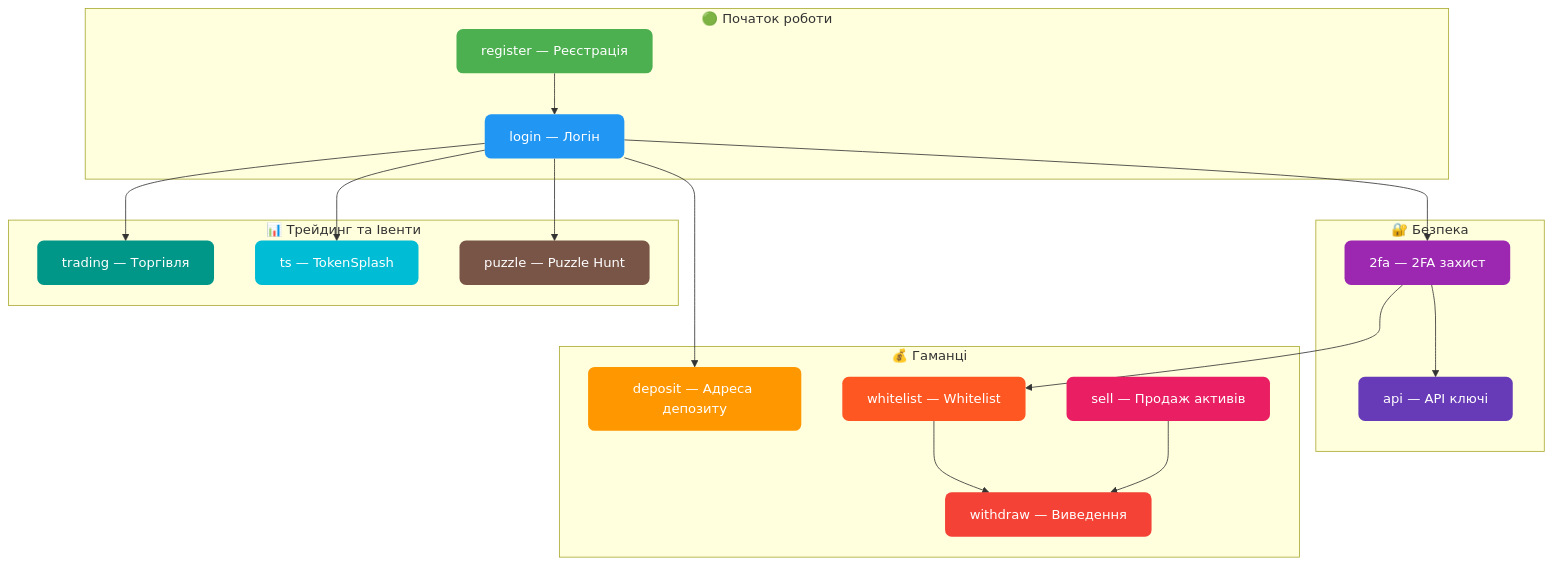
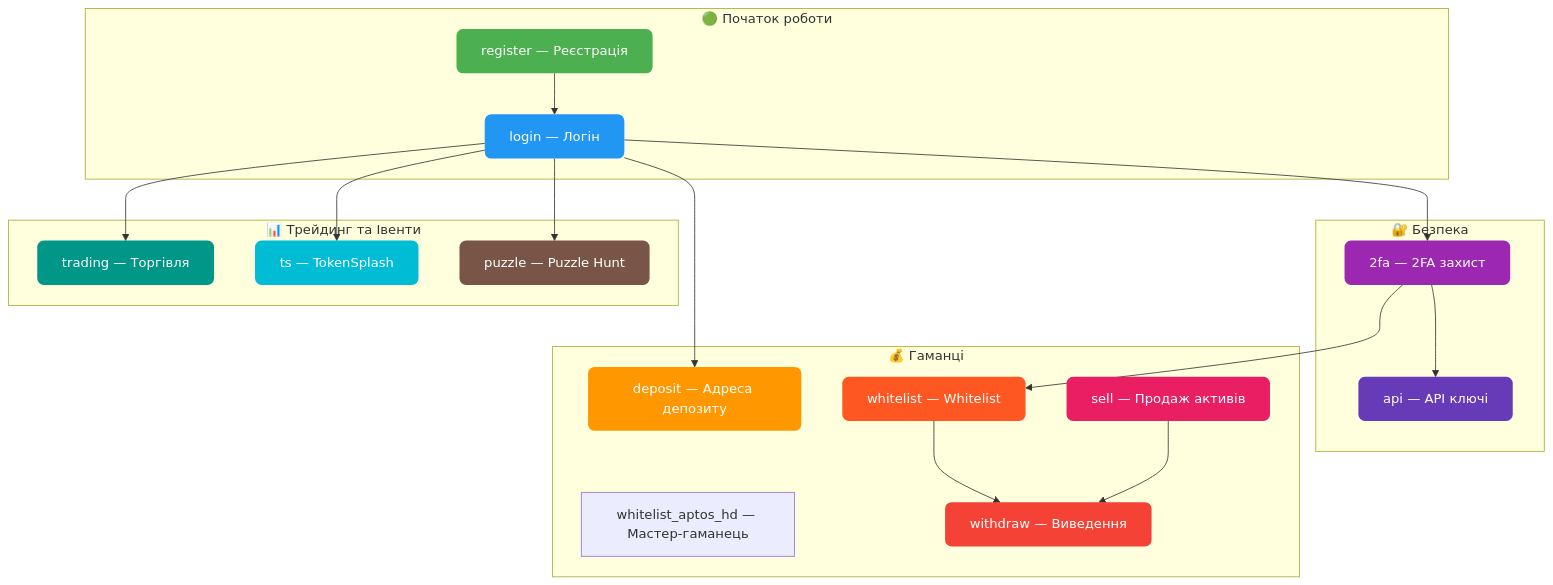
Diagram 11 of 11 in src/content/docs/ua/bybit-autopilot.md (AutoPilotSoftware/docs), drawn with Mermaid before and after one commit. The commit also changed other lines of this file and 3 other files, not shown here.

````diff
--- a/src/content/docs/ua/bybit-autopilot.md
+++ b/src/content/docs/ua/bybit-autopilot.md
@@ -390,48 +458,49 @@
 ```mermaid
 flowchart TD
     subgraph REG ["🟢 Початок роботи"]
         R["register — Реєстрацiя"]
         L["login — Логiн"]
     end
 
     subgraph SEC ["🔐 Безпека"]
         FA["2fa — 2FA захист"]
         API["api — API ключi"]
     end
 
     subgraph WALLET ["💰 Гаманцi"]
         D["deposit — Адреса депозиту"]
         W["whitelist — Whitelist"]
+        HD["whitelist_aptos_hd — Мастер-гаманець"]
         WD["withdraw — Виведення"]
         S["sell — Продаж активiв"]
     end
 
     subgraph TRADE ["📊 Трейдинг та Iвенти"]
         T["trading — Торгiвля"]
         TS["ts — TokenSplash"]
         PZ["puzzle — Puzzle Hunt"]
     end
 
     R --> L
     L --> FA
     FA --> W
     FA --> API
     W --> WD
     S --> WD
     L --> D
     L --> T
     L --> TS
     L --> PZ
 
     style R fill:#4CAF50,color:#fff,stroke:none,rx:8
     style L fill:#2196F3,color:#fff,stroke:none,rx:8
     style FA fill:#9C27B0,color:#fff,stroke:none,rx:8
     style API fill:#673AB7,color:#fff,stroke:none,rx:8
     style D fill:#FF9800,color:#fff,stroke:none,rx:8
     style W fill:#FF5722,color:#fff,stroke:none,rx:8
     style WD fill:#f44336,color:#fff,stroke:none,rx:8
     style S fill:#E91E63,color:#fff,stroke:none,rx:8
     style T fill:#009688,color:#fff,stroke:none,rx:8
     style TS fill:#00BCD4,color:#fff,stroke:none,rx:8
     style PZ fill:#795548,color:#fff,stroke:none,rx:8
 ```
````
